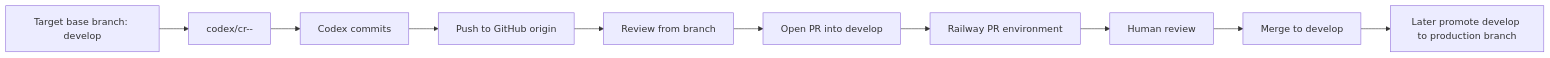
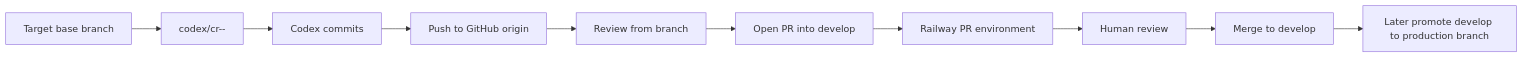
One commit to superprismio/prism-railway-template changed the fourth of 7 diagrams in docs/change-request-flow.md. Above: the diagram before and after it, drawn with Mermaid. The commit also changed other lines of this file and 7 other files, not shown here.

````diff
--- a/docs/change-request-flow.md
+++ b/docs/change-request-flow.md
@@ -87,12 +87,12 @@
 ```mermaid
 flowchart LR
-    A[Target base branch: develop] --> B[codex/cr-<number>-<slug>]
+    A[Target base branch] --> B[codex/cr-<number>-<slug>]
     B --> C[Codex commits]
     C --> D[Push to GitHub origin]
     D --> E[Review from branch]
     E --> F[Open PR into develop]
     F --> G[Railway PR environment]
     G --> H[Human review]
     H --> I[Merge to develop]
     I --> J[Later promote develop to production branch]
 ```
````
